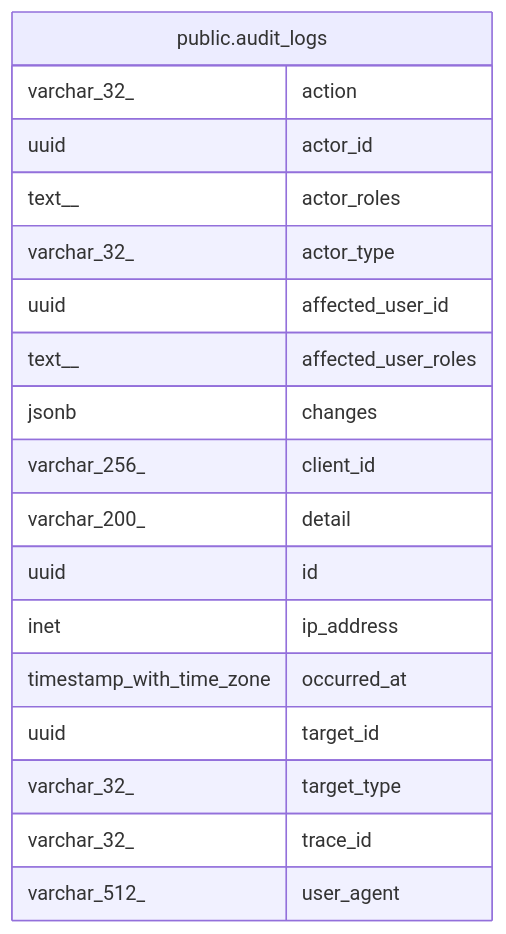
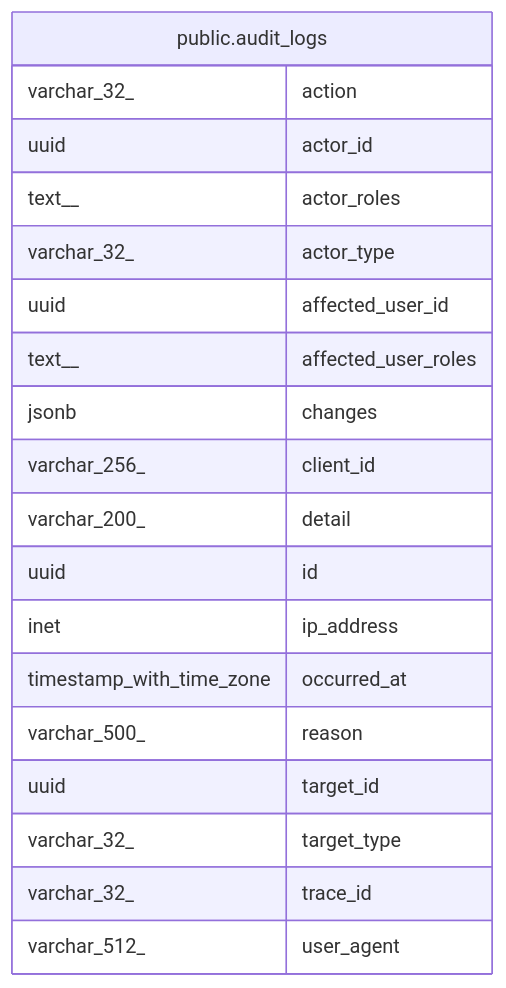
One commit to trduc2712/choco-api changed the diagram in docs/database/public.audit_logs.md. Above: the diagram before and after it, drawn with Mermaid. The commit also changed other lines of this file and 24 other files, not shown here.

````diff
--- a/docs/database/public.audit_logs.md
+++ b/docs/database/public.audit_logs.md
@@ -55,23 +56,24 @@
 ```mermaid
 erDiagram
 
 
 "public.audit_logs" {
   varchar_32_ action
   uuid actor_id
   text__ actor_roles
   varchar_32_ actor_type
   uuid affected_user_id
   text__ affected_user_roles
   jsonb changes
   varchar_256_ client_id
   varchar_200_ detail
   uuid id
   inet ip_address
   timestamp_with_time_zone occurred_at
+  varchar_500_ reason
   uuid target_id
   varchar_32_ target_type
   varchar_32_ trace_id
   varchar_512_ user_agent
 }
 ```
````
